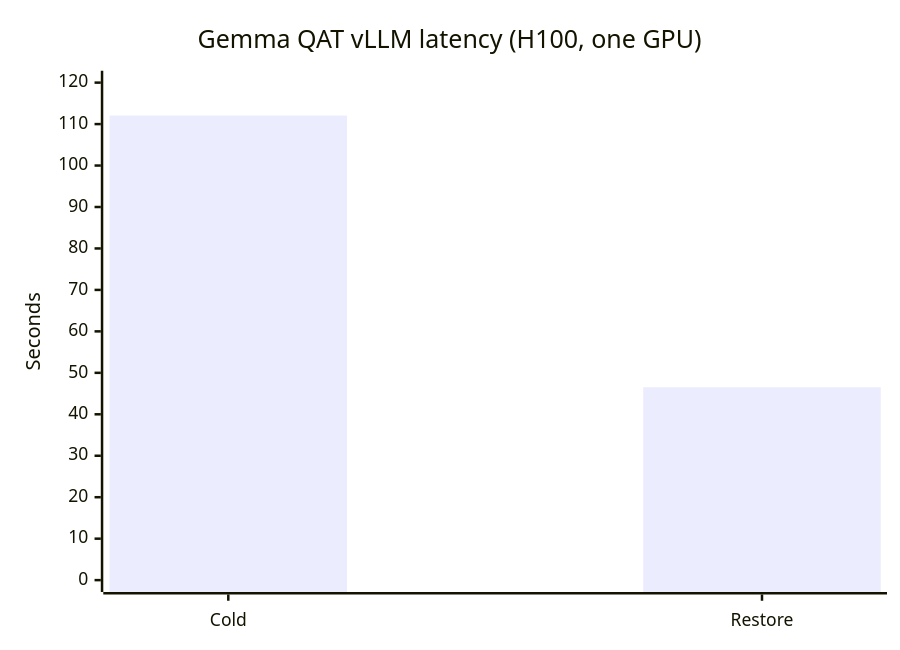
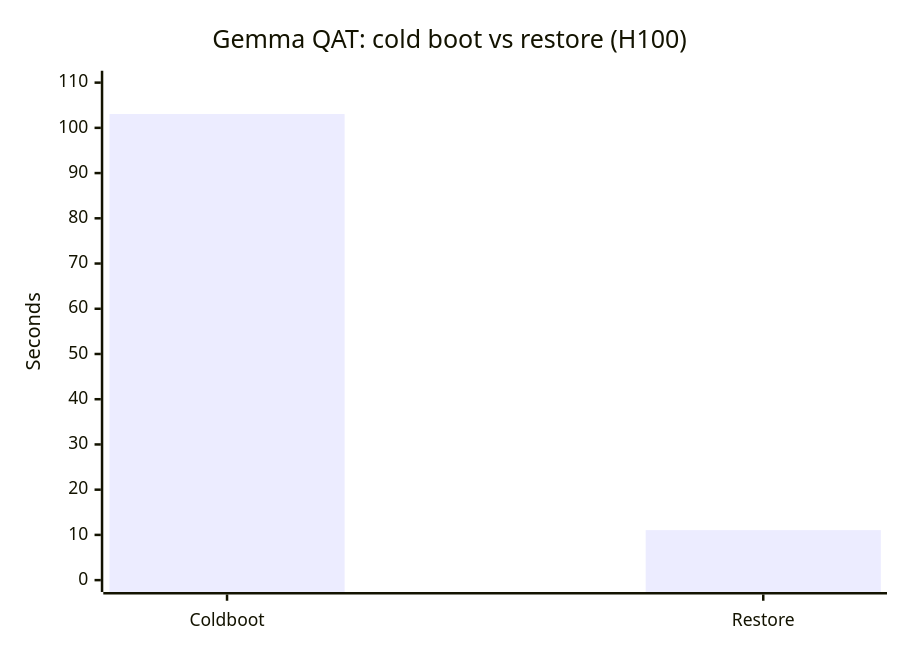
One commit to tsdocode/edo-tensei changed the second of 2 diagrams in examples/07_vllm_gemma31b_qat/README.md. Above: the diagram before and after it, drawn with Mermaid. The commit also changed other lines of this file and 3 other files, not shown here.

Commit message:
docs: report Gemma cold boot and restore latency

````diff
--- a/examples/07_vllm_gemma31b_qat/README.md
+++ b/examples/07_vllm_gemma31b_qat/README.md
@@ -232,7 +252,7 @@
 ```mermaid
 xychart-beta
-    title "Gemma QAT vLLM latency (H100, one GPU)"
-    x-axis [Cold, Restore]
-    y-axis "Seconds" 0 --> 120
-    bar [112.061, 46.532]
+    title "Gemma QAT: cold boot vs restore (H100)"
+    x-axis [Cold boot, Restore]
+    y-axis "Seconds" 0 --> 110
+    bar [103.052, 11.055]
 ```
````
